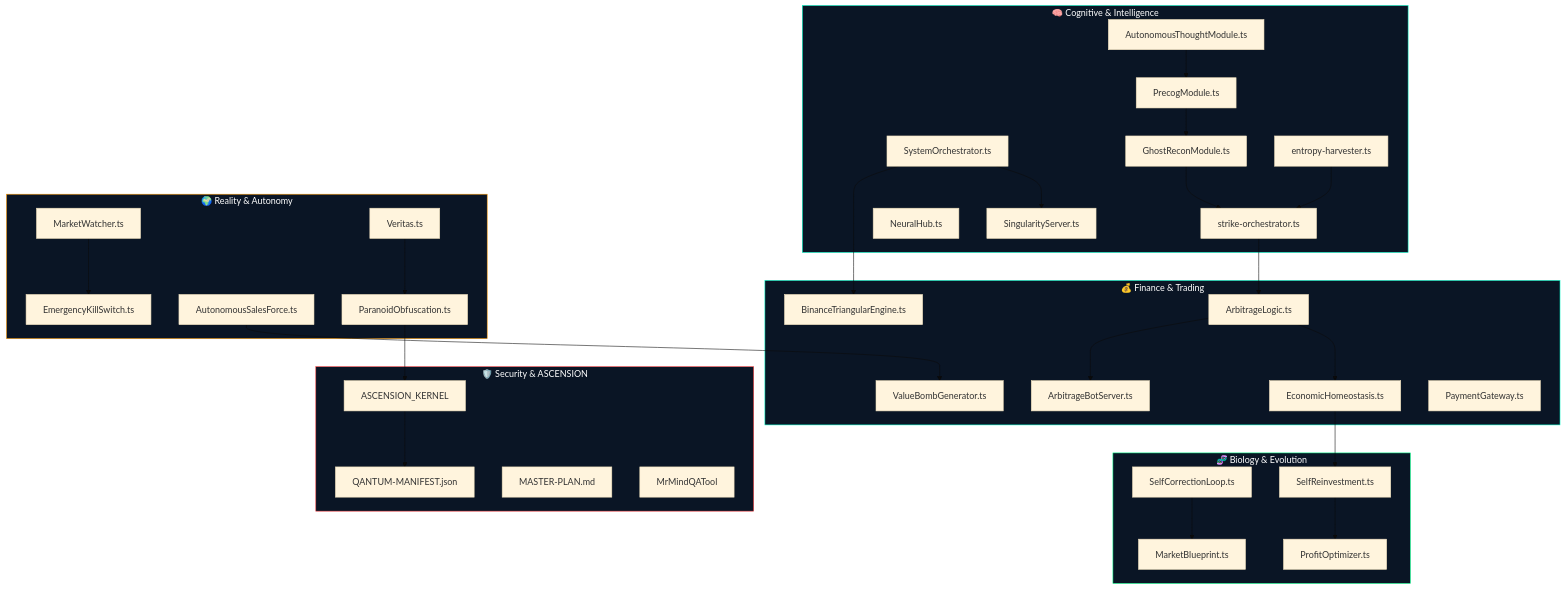
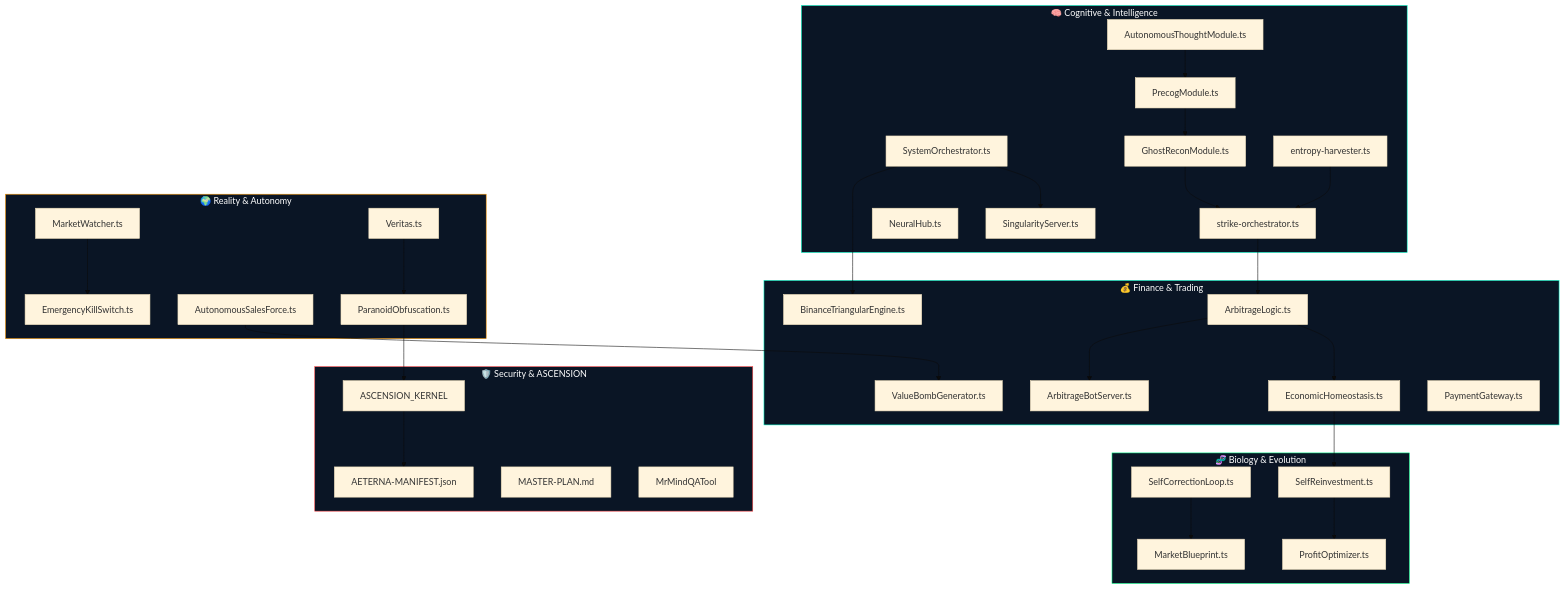
The sixth of 8 diagrams in README.md (QAntum-Fortres/QAntum), drawn with Mermaid (base theme) before and after one commit. The commit also changed other lines of this file and 3568 other files, not shown here.

Commit message:
⚛️ THE QANTUM ASCENSION - v1.0.0-AETERNA

````diff
--- a/README.md
+++ b/README.md
@@ -324,68 +324,68 @@
 ```mermaid
 graph TD
     subgraph COGNITIVE ["🧠 Cognitive & Intelligence"]
         SING["SingularityServer.ts"]
         ORCH["SystemOrchestrator.ts"]
         NEURO["NeuralHub.ts"]
         ATM["AutonomousThoughtModule.ts"]
         PRECOG["PrecogModule.ts"]
         GHOST["GhostReconModule.ts"]
         ENTROPY["entropy-harvester.ts"]
         STRIKE["strike-orchestrator.ts"]
     end
 
     subgraph FINANCE ["💰 Finance & Trading"]
         BTE["BinanceTriangularEngine.ts"]
         ARB["ArbitrageLogic.ts"]
         ABS["ArbitrageBotServer.ts"]
         ECO["EconomicHomeostasis.ts"]
         VBG["ValueBombGenerator.ts"]
         PG["PaymentGateway.ts"]
     end
 
     subgraph REALITY ["🌍 Reality & Autonomy"]
         EKS["EmergencyKillSwitch.ts"]
         MW["MarketWatcher.ts"]
         ASF["AutonomousSalesForce.ts"]
         VER["Veritas.ts"]
         POB["ParanoidObfuscation.ts"]
     end
 
     subgraph BIOLOGY ["🧬 Biology & Evolution"]
         SCL["SelfCorrectionLoop.ts"]
         PO["ProfitOptimizer.ts"]
         SR["SelfReinvestment.ts"]
         MB["MarketBlueprint.ts"]
     end
 
     subgraph SECURITY ["🛡️ Security & ASCENSION"]
         AK["ASCENSION_KERNEL"]
-        MAN["QANTUM-MANIFEST.json"]
+        MAN["AETERNA-MANIFEST.json"]
         MP["MASTER-PLAN.md"]
         MRQA["MrMindQATool"]
     end
 
     ORCH --> BTE
     ORCH --> SING
     ATM --> PRECOG
     PRECOG --> GHOST
     GHOST --> STRIKE
     ENTROPY --> STRIKE
     STRIKE --> ARB
     ARB --> ABS
     ARB --> ECO
     ECO --> SR
     SR --> PO
     SCL --> MB
     MW --> EKS
     ASF --> VBG
     VER --> POB
     POB --> AK
     AK --> MAN
 
     style COGNITIVE fill:#0a1525,stroke:#00ffcc,color:#fff
     style FINANCE fill:#0a1525,stroke:#00ffcc,color:#fff
     style REALITY fill:#0a1525,stroke:#ff9900,color:#fff
     style BIOLOGY fill:#0a1525,stroke:#00ff88,color:#fff
     style SECURITY fill:#0a1525,stroke:#ff4444,color:#fff
 ```
````
